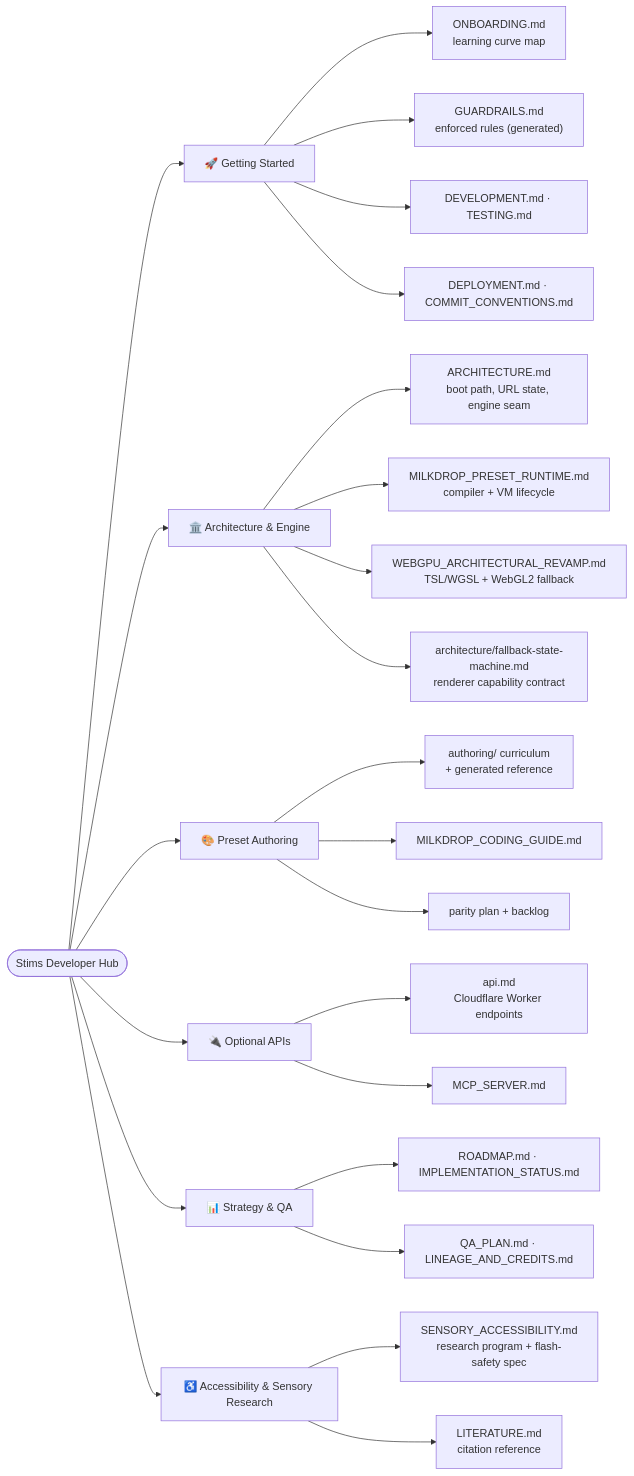
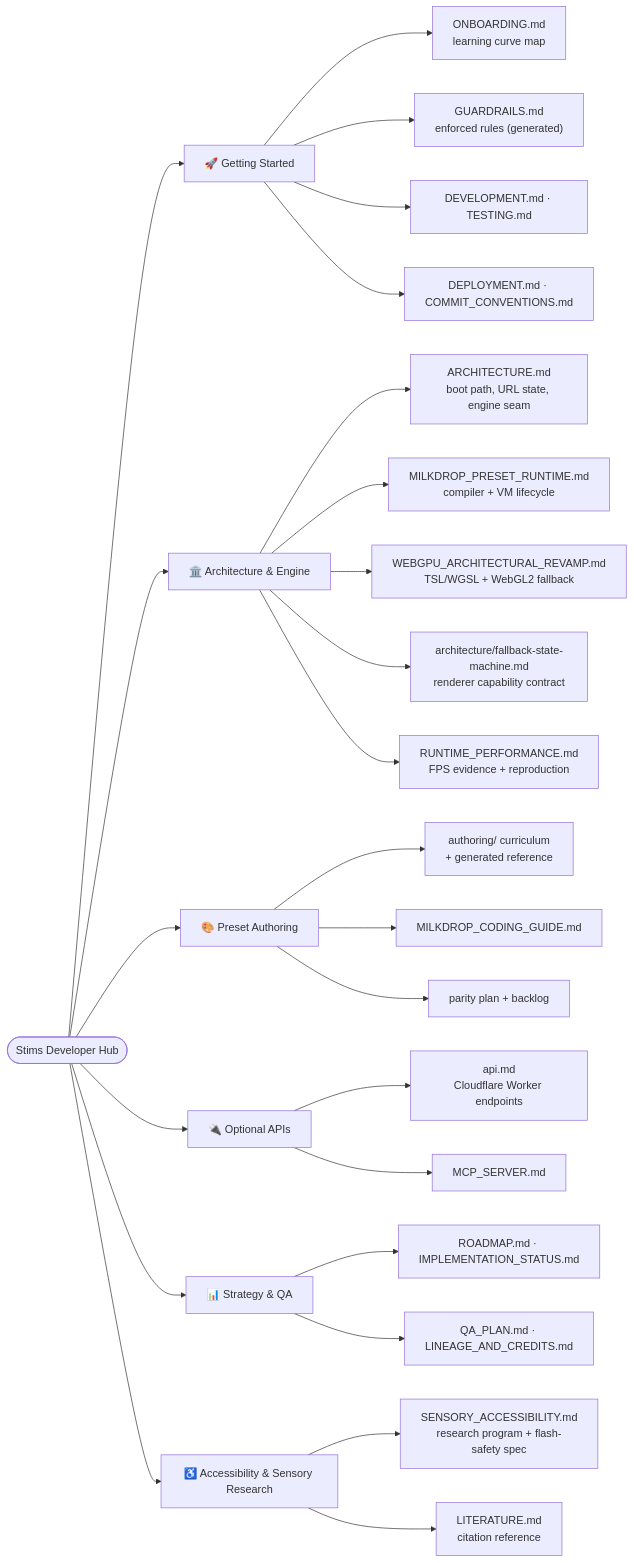
Before and after one commit to zz-plant/stims: the diagram in docs/README.md, drawn with Mermaid. The commit also changed other lines of this file and 9 other files, not shown here.

Commit message:
docs(perf): publish fixed-tier FPS evidence

````diff
--- a/docs/README.md
+++ b/docs/README.md
@@ -11,34 +11,35 @@
 ```mermaid
 flowchart LR
   Start(["Stims Developer Hub"])
 
   Start --> GS["🚀 Getting Started"]
   Start --> Arch["🏛️ Architecture & Engine"]
   Start --> Preset["🎨 Preset Authoring"]
   Start --> API["🔌 Optional APIs"]
   Start --> Strat["📊 Strategy & QA"]
   Start --> Access["♿ Accessibility & Sensory Research"]
 
   GS --> GS0["ONBOARDING.md<br/>learning curve map"]
   GS --> GS3["GUARDRAILS.md<br/>enforced rules (generated)"]
   GS --> GS1["DEVELOPMENT.md · TESTING.md"]
   GS --> GS2["DEPLOYMENT.md · COMMIT_CONVENTIONS.md"]
 
   Arch --> A1["ARCHITECTURE.md<br/>boot path, URL state, engine seam"]
   Arch --> A2["MILKDROP_PRESET_RUNTIME.md<br/>compiler + VM lifecycle"]
   Arch --> A3["WEBGPU_ARCHITECTURAL_REVAMP.md<br/>TSL/WGSL + WebGL2 fallback"]
   Arch --> A4["architecture/fallback-state-machine.md<br/>renderer capability contract"]
+  Arch --> A5["RUNTIME_PERFORMANCE.md<br/>FPS evidence + reproduction"]
 
   Preset --> P0["authoring/ curriculum<br/>+ generated reference"]
   Preset --> P1["MILKDROP_CODING_GUIDE.md"]
   Preset --> P2["parity plan + backlog"]
 
   API --> E1["api.md<br/>Cloudflare Worker endpoints"]
   API --> E2["MCP_SERVER.md"]
 
   Access --> AC1["SENSORY_ACCESSIBILITY.md<br/>research program + flash-safety spec"]
   Access --> AC2["LITERATURE.md<br/>citation reference"]
 
   Strat --> S1["ROADMAP.md · IMPLEMENTATION_STATUS.md"]
   Strat --> S2["QA_PLAN.md · LINEAGE_AND_CREDITS.md"]
 ```
````
